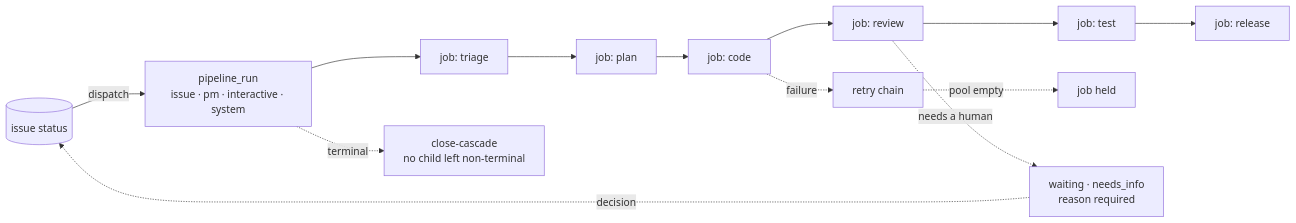
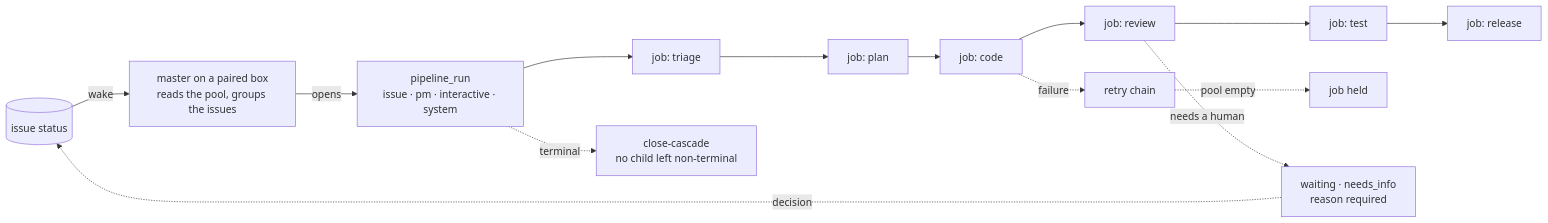
One commit to SidCorp-co/forge changed the diagram in docs/modules/lifecycle-pipeline/README.md. Above: the diagram before and after it, drawn with Mermaid. The commit also changed other lines of this file and 3 other files, not shown here.

First line of the commit message:
docs(modules,proposals): the entry arrow is a wake, not a dispatch (ISS-933)

````diff
--- a/docs/modules/lifecycle-pipeline/README.md
+++ b/docs/modules/lifecycle-pipeline/README.md
@@ -6,10 +6,11 @@
 ```mermaid
 flowchart LR
-  I[(issue status)] -->|dispatch| RUN[pipeline_run<br/>issue · pm · interactive · system]
+  I[(issue status)] -->|wake| MA[master on a paired box<br/>reads the pool, groups the issues]
+  MA -->|opens| RUN[pipeline_run<br/>issue · pm · interactive · system]
   RUN --> J1[job: triage] --> J2[job: plan] --> J3[job: code] --> J4[job: review] --> J5[job: test] --> J6[job: release]
   J3 -.failure.-> RETRY[retry chain]
   RETRY -.pool empty.-> HELD[job held]
   J4 -.needs a human.-> STOP[waiting · needs_info<br/>reason required]
   STOP -.decision.-> I
   RUN -.terminal.-> CASC[close-cascade<br/>no child left non-terminal]
 ```
````
